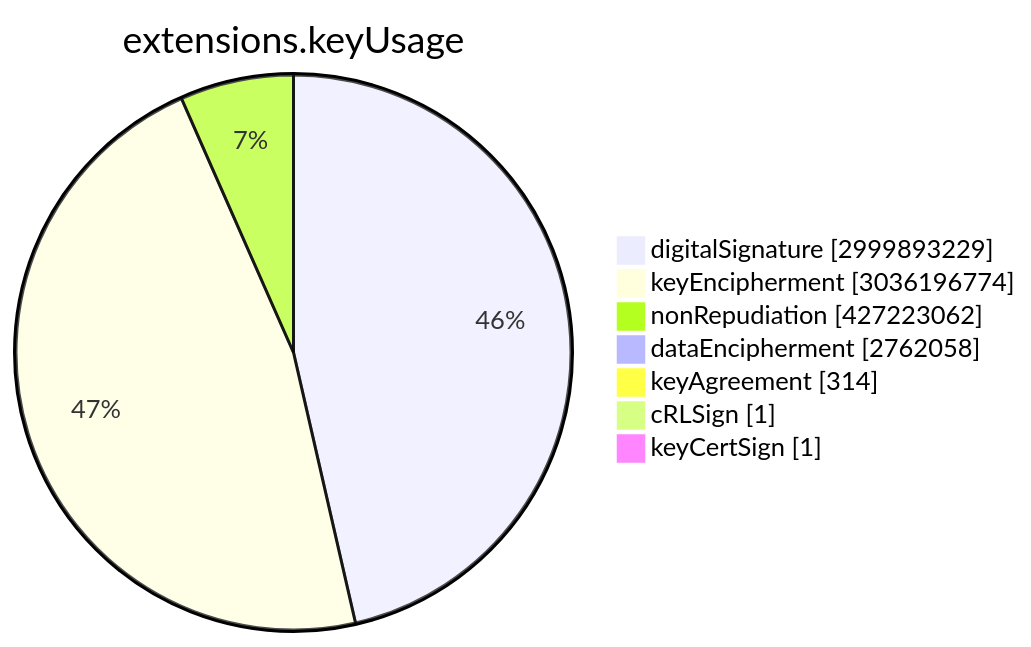
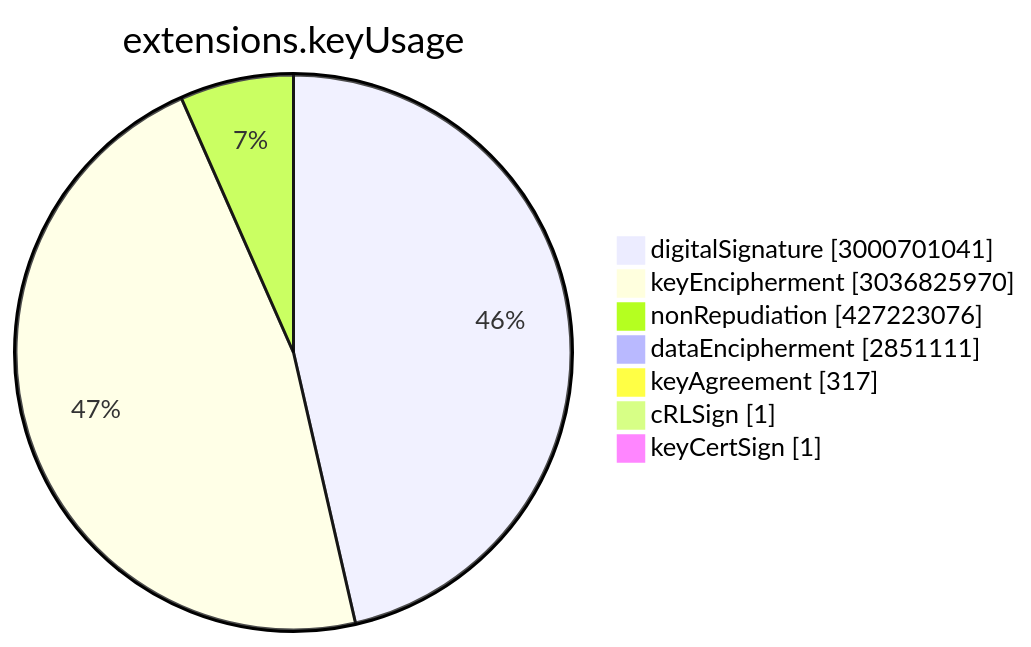
One commit to christiankrug/ctmonitor_visualization changed the sixth of 15 diagrams in TOTAL/README.md. Above: the diagram before and after it, drawn with Mermaid. The commit also changed other lines of this file, not shown here.

````diff
--- a/TOTAL/README.md
+++ b/TOTAL/README.md
@@ -3071,11 +3073,11 @@
 ```mermaid
 pie showData
 title extensions.keyUsage
-"digitalSignature" :2999893229
-"keyEncipherment" :3036196774
-"nonRepudiation" :427223062
-"dataEncipherment" :2762058
-"keyAgreement" :314
+"digitalSignature" :3000701041
+"keyEncipherment" :3036825970
+"nonRepudiation" :427223076
+"dataEncipherment" :2851111
+"keyAgreement" :317
 "cRLSign" :1
 "keyCertSign" :1
 ```
````
